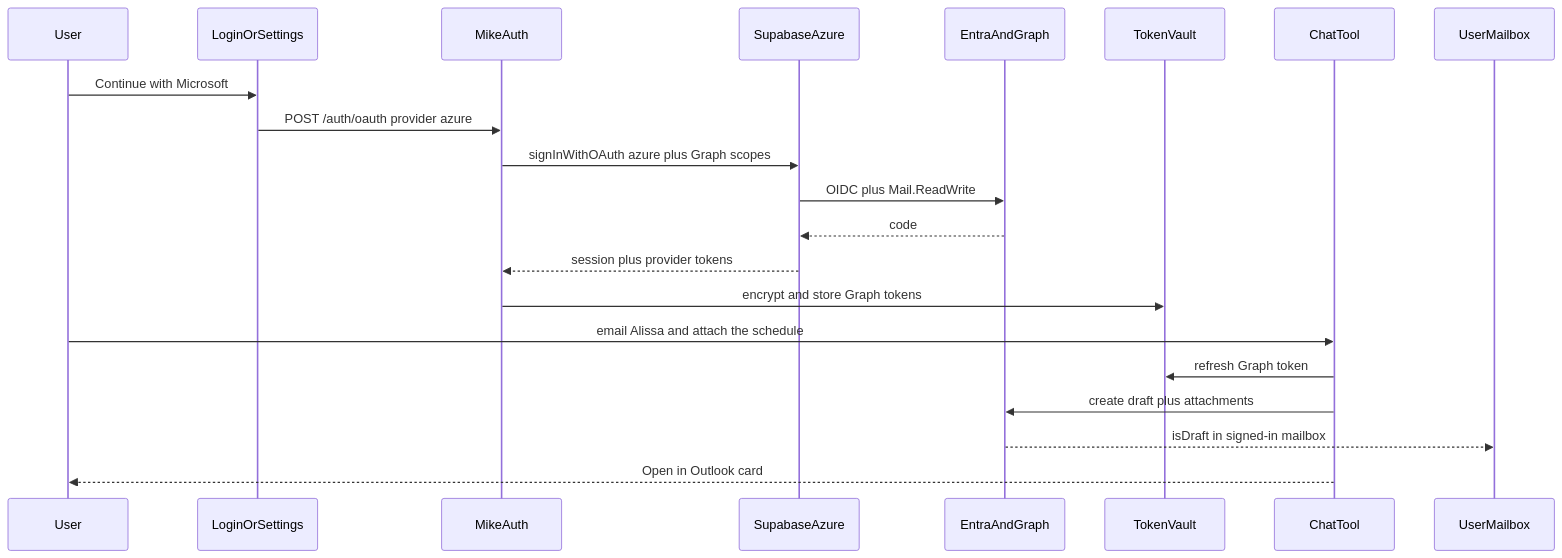
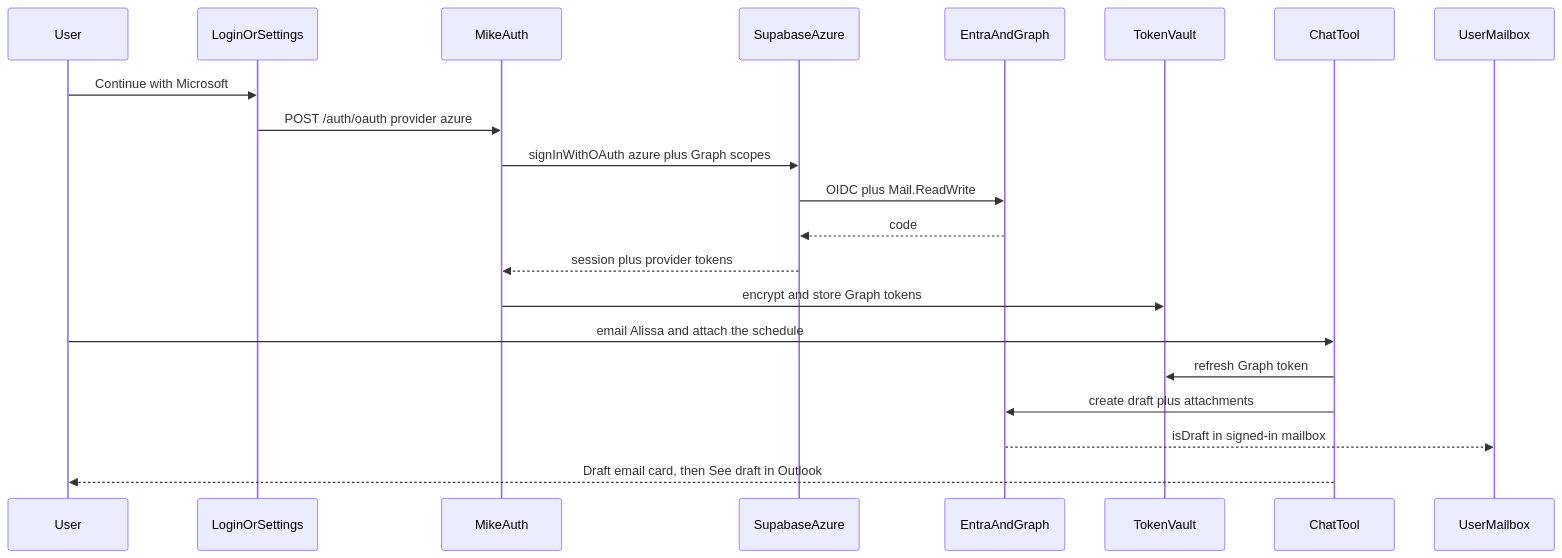
The diagram in docs/integrations/microsoft-outlook-drafts.md (lnxchange/mike), drawn with Mermaid before and after one commit. The commit also changed other lines of this file and 58 other files, not shown here.

````diff
--- a/docs/integrations/microsoft-outlook-drafts.md
+++ b/docs/integrations/microsoft-outlook-drafts.md
@@ -34,24 +34,24 @@
 ```mermaid
 sequenceDiagram
   participant User
   participant Login as LoginOrSettings
   participant Auth as MikeAuth
   participant GoTrue as SupabaseAzure
   participant Entra as EntraAndGraph
   participant Vault as TokenVault
   participant Chat as ChatTool
   participant Mail as UserMailbox
 
   User->>Login: Continue with Microsoft
   Login->>Auth: POST /auth/oauth provider azure
   Auth->>GoTrue: signInWithOAuth azure plus Graph scopes
   GoTrue->>Entra: OIDC plus Mail.ReadWrite
   Entra-->>GoTrue: code
   GoTrue-->>Auth: session plus provider tokens
   Auth->>Vault: encrypt and store Graph tokens
   User->>Chat: email Alissa and attach the schedule
   Chat->>Vault: refresh Graph token
   Chat->>Entra: create draft plus attachments
   Entra-->>Mail: isDraft in signed-in mailbox
-  Chat-->>User: Open in Outlook card
+  Chat-->>User: Draft email card, then See draft in Outlook
 ```
````
